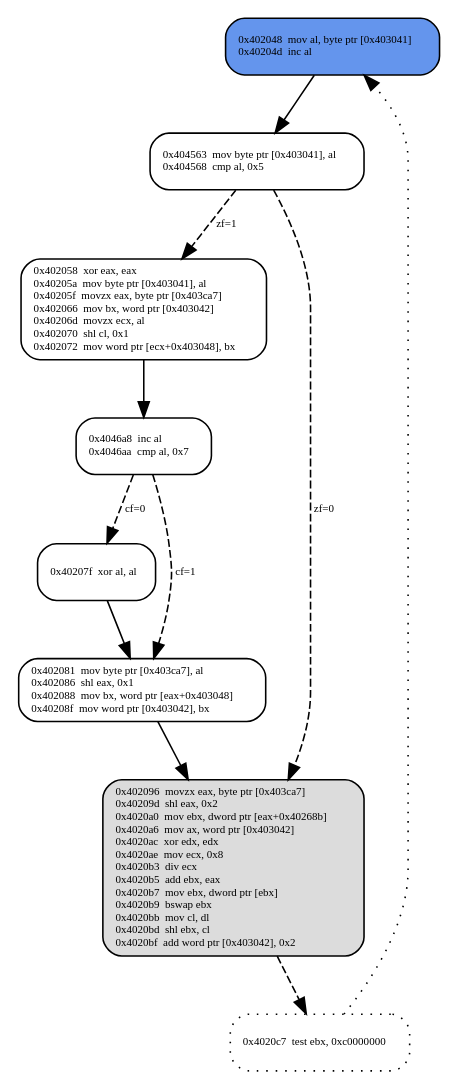
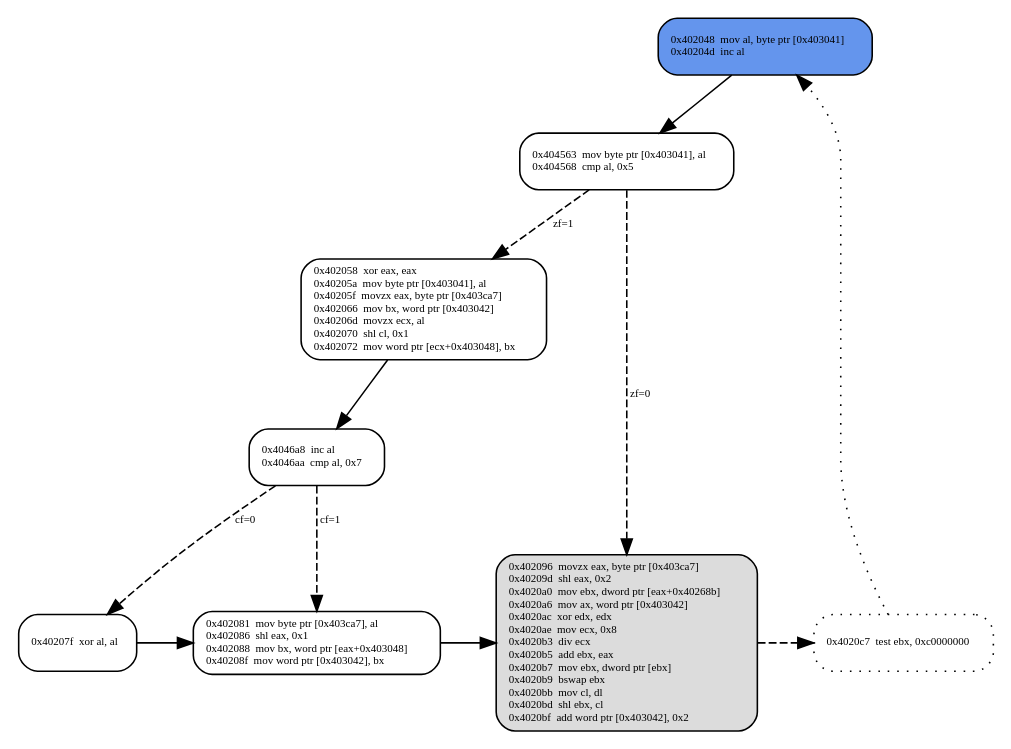
The diagram in F4b_XOR_W4kfu_GreHack2015_part2/images/f4b_vm1_dispatcher.dot (tathanhdinh/write-ups), drawn with Graphviz before and after one commit. The commit also changed 6 other files, not shown here.

```diff
--- a/F4b_XOR_W4kfu_GreHack2015_part2/images/f4b_vm1_dispatcher.dot
+++ b/F4b_XOR_W4kfu_GreHack2015_part2/images/f4b_vm1_dispatcher.dot
@@ -1,60 +1,63 @@
 digraph G {
   0 [
      fontname="Source Code Pro",
      fontsize=7, shape=box, style="rounded,filled", fillcolor=cornflowerblue,
      label="0x402048  mov al, byte ptr [0x403041]\l0x40204d  inc al\l"
   ];
 
   1 [
      fontname="Source Code Pro",
      fontsize=7, shape=box, style=rounded,
      label="0x404563  mov byte ptr [0x403041], al\l0x404568  cmp al, 0x5\l"
   ];
 
   2 [
      fontname="Source Code Pro",
      fontsize=7, shape=box, style=rounded,
      label="0x402058  xor eax, eax\l0x40205a  mov byte ptr [0x403041], al\l0x40205f  movzx eax, byte ptr [0x403ca7]\l0x402066  mov bx, word ptr [0x403042]\l0x40206d  movzx ecx, al\l0x402070  shl cl, 0x1\l0x402072  mov word ptr [ecx+0x403048], bx\l"
   ];
 
   3 [
      fontname="Source Code Pro",
      fontsize=7, shape=box, style=rounded,
      label="0x4046a8  inc al\l0x4046aa  cmp al, 0x7\l"
   ];
 
   4 [
      fontname="Source Code Pro",
      fontsize=7, shape=box, style=rounded,
      label="0x40207f  xor al, al\l"
   ];
 
   5 [
      fontname="Source Code Pro",
      fontsize=7, shape=box, style=rounded,
      label="0x402081  mov byte ptr [0x403ca7], al\l0x402086  shl eax, 0x1\l0x402088  mov bx, word ptr [eax+0x403048]\l0x40208f  mov word ptr [0x403042], bx\l"
   ];
 
   6 [
      fontname="Source Code Pro",
      fontsize=7, shape=box, style="rounded,filled", fillcolor=gainsboro,
      label="0x402096  movzx eax, byte ptr [0x403ca7]\l0x40209d  shl eax, 0x2\l0x4020a0  mov ebx, dword ptr [eax+0x40268b]\l0x4020a6  mov ax, word ptr [0x403042]\l0x4020ac  xor edx, edx\l0x4020ae  mov ecx, 0x8\l0x4020b3  div ecx\l0x4020b5  add ebx, eax\l0x4020b7  mov ebx, dword ptr [ebx]\l0x4020b9  bswap ebx\l0x4020bb  mov cl, dl\l0x4020bd  shl ebx, cl\l0x4020bf  add word ptr [0x403042], 0x2\l"
   ];
 
   7 [
     fontname="Source Code Pro",
     fontsize=7, shape=box, style="rounded,dotted",
     label="0x4020c7  test ebx, 0xc0000000\l"
   ]
 
   0 -> 1 [fontsize=7, label="", style="solid"];
   1 -> 2 [fontsize=7, label="zf=1", style="dashed"];
   1 -> 6 [fontsize=7, label="zf=0", style="dashed"];
   2 -> 3 [fontsize=7, label="", style="solid"];
   3 -> 4 [fontsize=7, label="cf=0", style="dashed"];
   3 -> 5 [fontsize=7, label="cf=1", style="dashed"];
   4 -> 5 [fontsize=7, label="", style="solid"];
   5 -> 6 [fontsize=7, label="", style="solid"];
   6 -> 7 [fontsize=7, label="", style="dashed"];
   7 -> 0 [fontsize=7, label="", style="dotted"];
+
+  // {rank=same; 1; 2;}
+  {rank=same; 4; 5; 6; 7;}
 }
```
